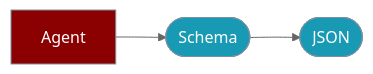
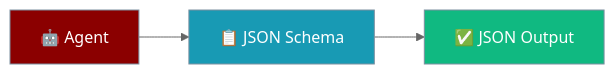
Before and after one commit to MervinPraison/PraisonAIDocs: the first of 2 diagrams in docs/js/structured-output.mdx, drawn with Mermaid (neutral theme). The commit also changed other lines of this file and 5 other files, not shown here.

First line of the commit message:
docs(js): document TS SDK v1.7.4 outputSchema + agent-behavior fixes (fixes #2831)

````diff
--- a/docs/js/structured-output.mdx
+++ b/docs/js/structured-output.mdx
@@ -9,13 +10,13 @@
 ```mermaid
 graph LR
-    Agent[Agent] --> Schema([Schema])
-    Schema --> JSON([JSON])
+    Agent[🤖 Agent] --> Schema[📋 JSON Schema]
+    Schema --> JSON[✅ JSON Output]
 
     classDef agent fill:#8B0000,stroke:#7C90A0,color:#fff
-    classDef tool fill:#189AB4,stroke:#7C90A0,color:#fff
+    classDef schema fill:#189AB4,stroke:#7C90A0,color:#fff
+    classDef output fill:#10B981,stroke:#7C90A0,color:#fff
 
     class Agent agent
-    class Schema,JSON tool
-    classDef agent fill:#8B0000,color:#fff
-    classDef tool fill:#189AB4,color:#fff
+    class Schema schema
+    class JSON output
 ```
````
